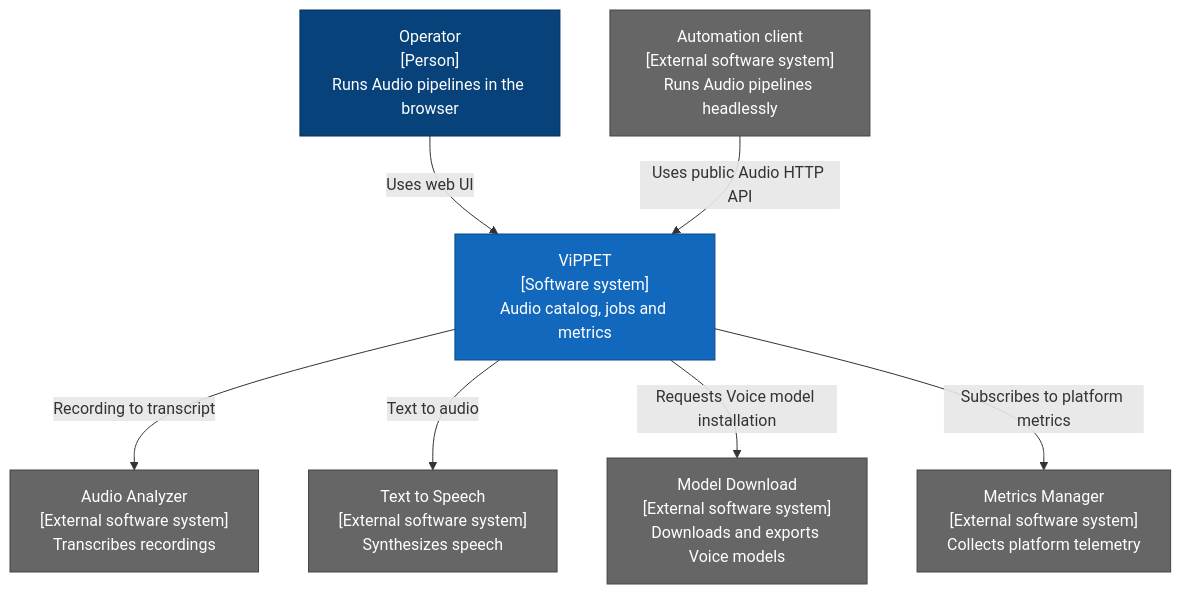
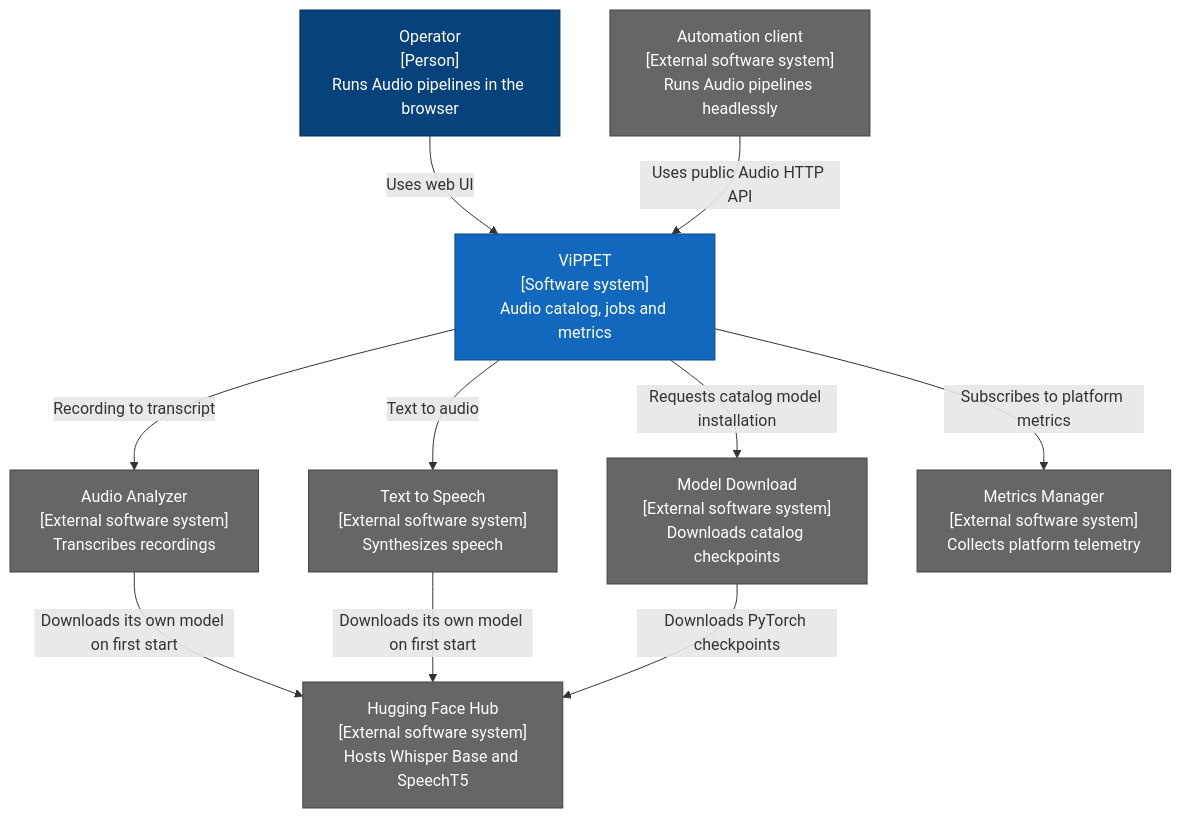
One commit to open-edge-platform/edge-ai-libraries changed the first of 9 diagrams in tools/visual-pipeline-and-platform-evaluation-tool/docs/user-guide/developer-guide/voice-architecture.md. Above: the diagram before and after it, drawn with Mermaid. The commit also changed other lines of this file and 2 other files, not shown here.

Commit message:
[ViPPET] Update voice docs (#4004)

````diff
--- a/tools/visual-pipeline-and-platform-evaluation-tool/docs/user-guide/developer-guide/voice-architecture.md
+++ b/tools/visual-pipeline-and-platform-evaluation-tool/docs/user-guide/developer-guide/voice-architecture.md
@@ -34,19 +34,23 @@
 ```mermaid
 flowchart TB
   operator["Operator<br/>[Person]<br/>Runs Audio pipelines in the browser"]:::person
   automation["Automation client<br/>[External software system]<br/>Runs Audio pipelines headlessly"]:::external
   vippet["ViPPET<br/>[Software system]<br/>Audio catalog, jobs and metrics"]:::internal
   asr["Audio Analyzer<br/>[External software system]<br/>Transcribes recordings"]:::external
   tts["Text to Speech<br/>[External software system]<br/>Synthesizes speech"]:::external
-  models["Model Download<br/>[External software system]<br/>Downloads and exports Voice models"]:::external
+  models["Model Download<br/>[External software system]<br/>Downloads catalog checkpoints"]:::external
   telemetry["Metrics Manager<br/>[External software system]<br/>Collects platform telemetry"]:::external
+  hub["Hugging Face Hub<br/>[External software system]<br/>Hosts Whisper Base and SpeechT5"]:::external
   operator -->|Uses web UI| vippet
   automation -->|Uses public Audio HTTP API| vippet
   vippet -->|Recording to transcript| asr
   vippet -->|Text to audio| tts
-  vippet -->|Requests Voice model installation| models
+  vippet -->|Requests catalog model installation| models
   vippet -->|Subscribes to platform metrics| telemetry
+  asr -->|Downloads its own model on first start| hub
+  tts -->|Downloads its own model on first start| hub
+  models -->|Downloads PyTorch checkpoints| hub
   classDef person fill:#08427b,color:#fff,stroke:#052e56
   classDef internal fill:#1168bd,color:#fff,stroke:#0b4884
   classDef external fill:#666,color:#fff,stroke:#444
 ```
````
